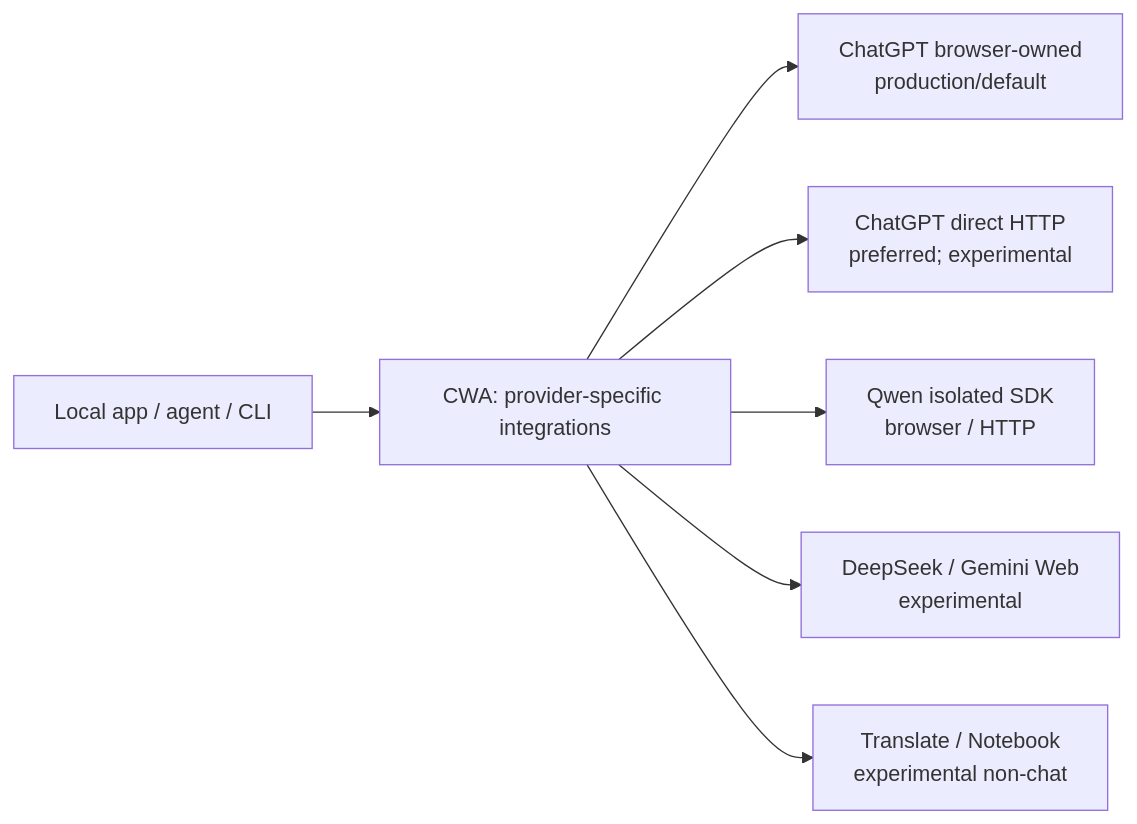
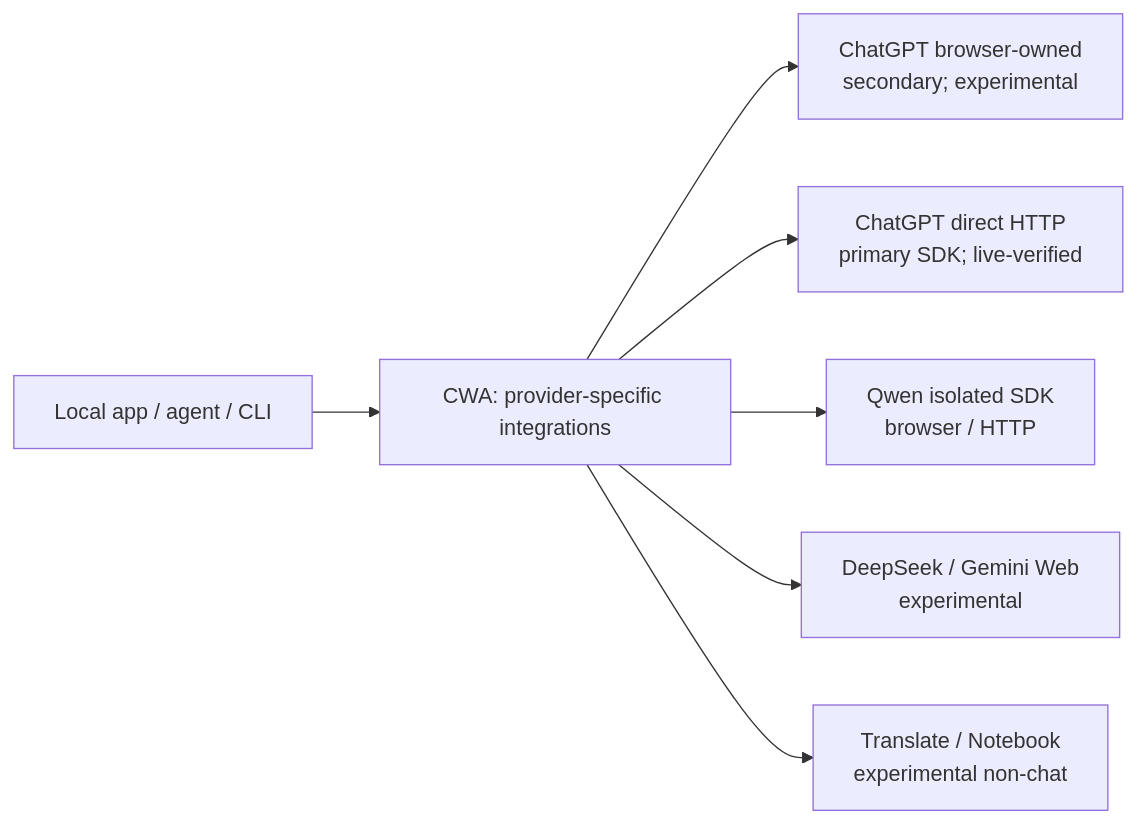
One commit to kymuco/chatgpt-web-adapter changed the diagram in README.md. Above: the diagram before and after it, drawn with Mermaid. The commit also changed other lines of this file and 31 other files, not shown here.

First line of the commit message:
release: prepare CWA v0.4.0 with primary Direct HTTP SDK

````diff
--- a/README.md
+++ b/README.md
@@ -183,9 +186,9 @@
 ```mermaid
 flowchart LR
     APP["Local app / agent / CLI"] --> CWA["CWA: provider-specific integrations"]
-    CWA --> CB["ChatGPT browser-owned<br/>production/default"]
-    CWA --> CH["ChatGPT direct HTTP<br/>preferred; experimental"]
+    CWA --> CB["ChatGPT browser-owned<br/>secondary; experimental"]
+    CWA --> CH["ChatGPT direct HTTP<br/>primary SDK; live-verified"]
     CWA --> Q["Qwen isolated SDK<br/>browser / HTTP"]
     CWA --> DG["DeepSeek / Gemini Web<br/>experimental"]
     CWA --> NC["Translate / Notebook<br/>experimental non-chat"]
 ```
````
